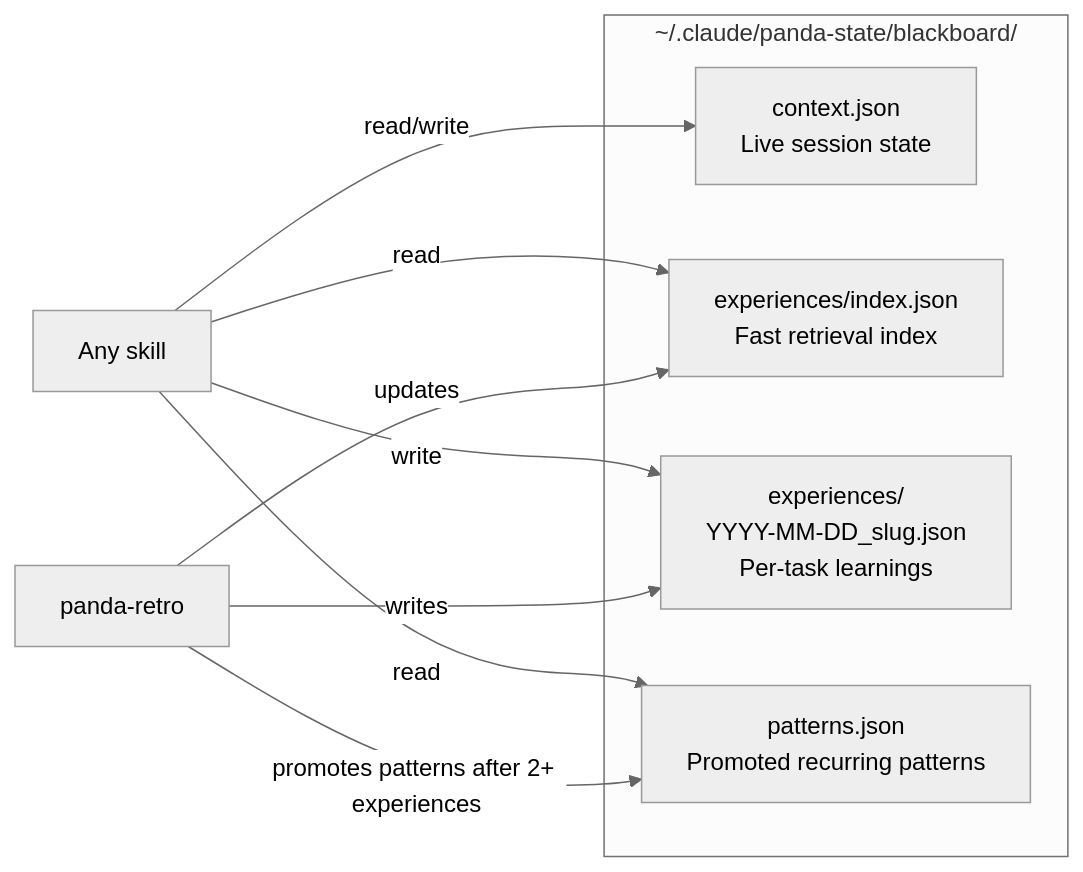
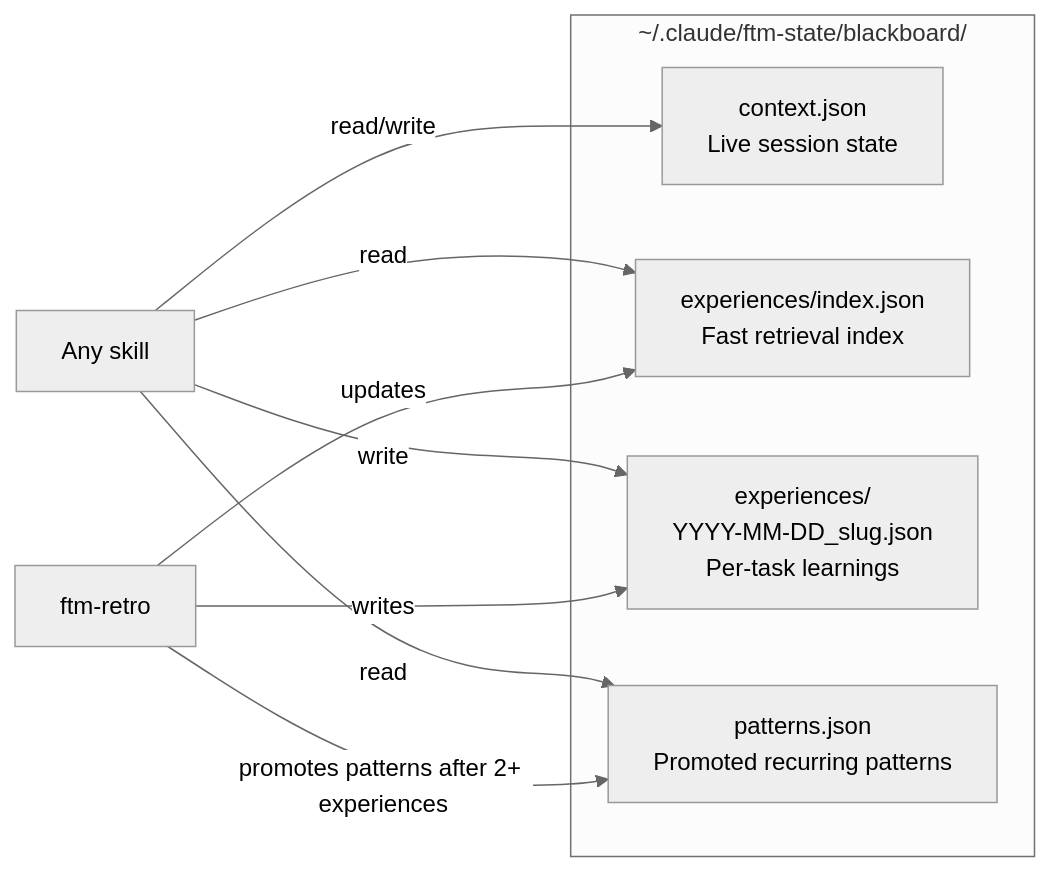
One commit to kkudumu/feed-the-machine changed the third of 6 diagrams in docs/ARCHITECTURE.md. Above: the diagram before and after it, drawn with Mermaid (neutral theme). The commit also changed other lines of this file and 199 other files, not shown here.

First line of the commit message:
refactor: rename panda → FTM across entire skill ecosystem

````diff
--- a/docs/ARCHITECTURE.md
+++ b/docs/ARCHITECTURE.md
@@ -90,17 +90,17 @@
 ```mermaid
 graph LR
-    subgraph Blackboard["~/.claude/panda-state/blackboard/"]
+    subgraph Blackboard["~/.claude/ftm-state/blackboard/"]
         ctx["context.json\nLive session state"]
         idx["experiences/index.json\nFast retrieval index"]
         exp["experiences/\nYYYY-MM-DD_slug.json\nPer-task learnings"]
         pat["patterns.json\nPromoted recurring patterns"]
     end
 
     Skills["Any skill"] -->|"read/write"| ctx
     Skills -->|"read"| idx
     Skills -->|"write"| exp
     Skills -->|"read"| pat
-    Retro["panda-retro"] -->|"promotes patterns after 2+ experiences"| pat
+    Retro["ftm-retro"] -->|"promotes patterns after 2+ experiences"| pat
     Retro -->|"writes"| exp
     Retro -->|"updates"| idx
 ```
````
